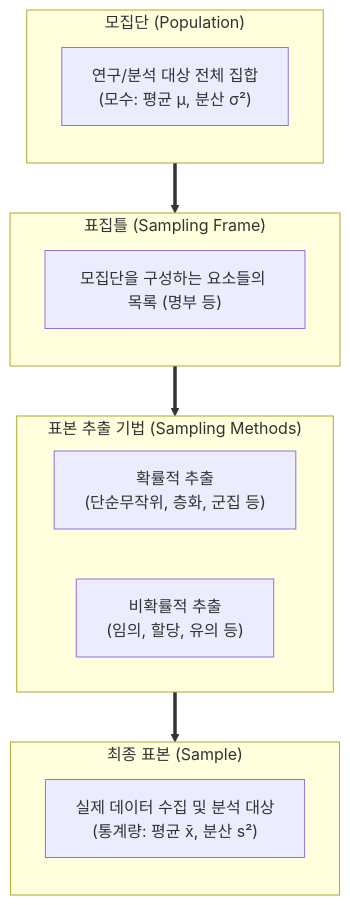
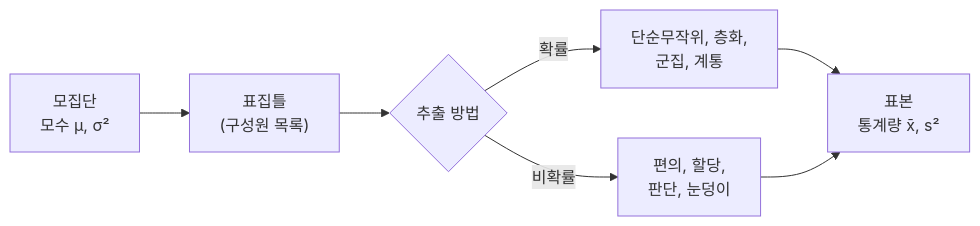
One commit to supremethumb/supremethumb.github.io changed the diagram in content/01_IT Tech/표본 추출.md. Above: the diagram before and after it, drawn with Mermaid. The commit also changed other lines of this file and 1087 other files, not shown here.

````diff
--- a/content/01_IT Tech/표본 추출.md
+++ b/content/01_IT Tech/표본 추출.md
@@ -23,28 +35,8 @@
 ```mermaid
-flowchart TB
-    subgraph Population ["모집단 (Population)"]
-        direction TB
-        PopData["연구/분석 대상 전체 집합<br/>(모수: 평균 μ, 분산 σ²)"]
-    end
-
-    subgraph Frame ["표집틀 (Sampling Frame)"]
-        direction TB
-        FrameData["모집단을 구성하는 요소들의 목록 (명부 등)"]
-    end
-
-    subgraph Method ["표본 추출 기법 (Sampling Methods)"]
-        direction LR
-        Prob["확률적 추출<br/>(단순무작위, 층화, 군집 등)"]
-        NonProb["비확률적 추출<br/>(임의, 할당, 유의 등)"]
-    end
-
-    subgraph Sample ["최종 표본 (Sample)"]
-        direction TB
-        SampleData["실제 데이터 수집 및 분석 대상<br/>(통계량: 평균 x̄, 분산 s²)"]
-    end
-
-    Population ==> Frame
-    Frame ==> Method
-    Method ==> Sample
-
+flowchart LR
+    POP["모집단<br/>모수 μ, σ²"] --> FR["표집틀<br/>(구성원 목록)"]
+    FR --> M{"추출 방법"}
+    M -- "확률" --> P["단순무작위, 층화,<br/>군집, 계통"]
+    M -- "비확률" --> NP["편의, 할당,<br/>판단, 눈덩이"]
+    P & NP --> S["표본<br/>통계량 x̄, s²"]
 ```
````
